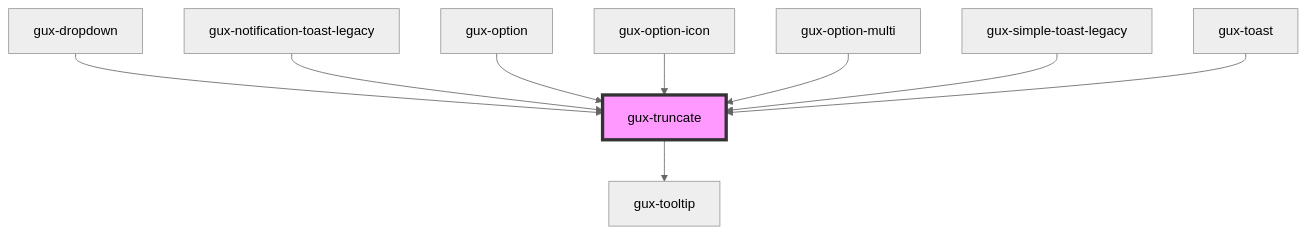
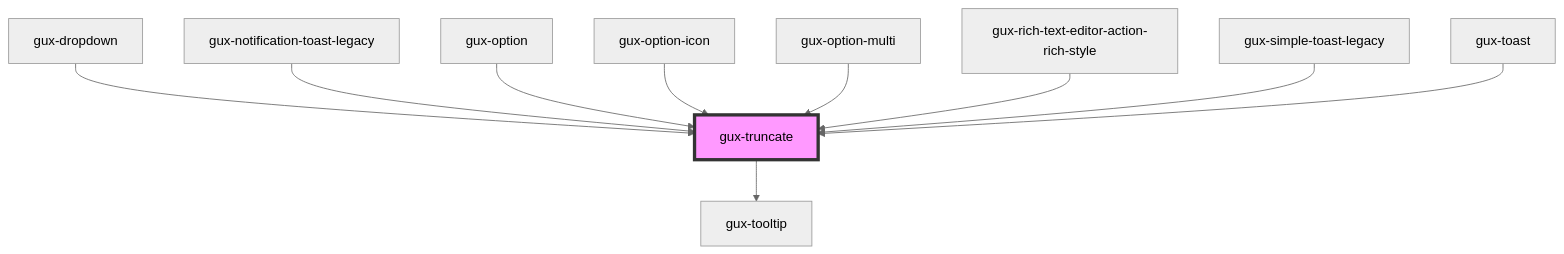
The diagram in packages/genesys-spark-components/src/components/stable/gux-truncate/readme.md (MyPureCloud/genesys-spark), drawn with Mermaid (neutral theme) before and after one commit. The commit also changed other lines of this file and 28 other files, not shown here.

First line of the commit message:
feat(rich-text-editor): addition of rich style feature

````diff
--- a/packages/genesys-spark-components/src/components/stable/gux-truncate/readme.md
+++ b/packages/genesys-spark-components/src/components/stable/gux-truncate/readme.md
@@ -62,12 +63,13 @@
 ```mermaid
 graph TD;
   gux-truncate --> gux-tooltip
   gux-dropdown --> gux-truncate
   gux-notification-toast-legacy --> gux-truncate
   gux-option --> gux-truncate
   gux-option-icon --> gux-truncate
   gux-option-multi --> gux-truncate
+  gux-rich-text-editor-action-rich-style --> gux-truncate
   gux-simple-toast-legacy --> gux-truncate
   gux-toast --> gux-truncate
   style gux-truncate fill:#f9f,stroke:#333,stroke-width:4px
 ```
````
